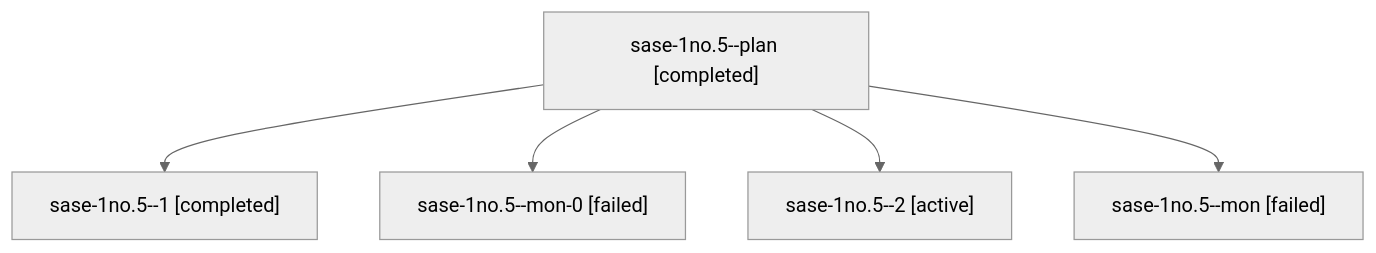
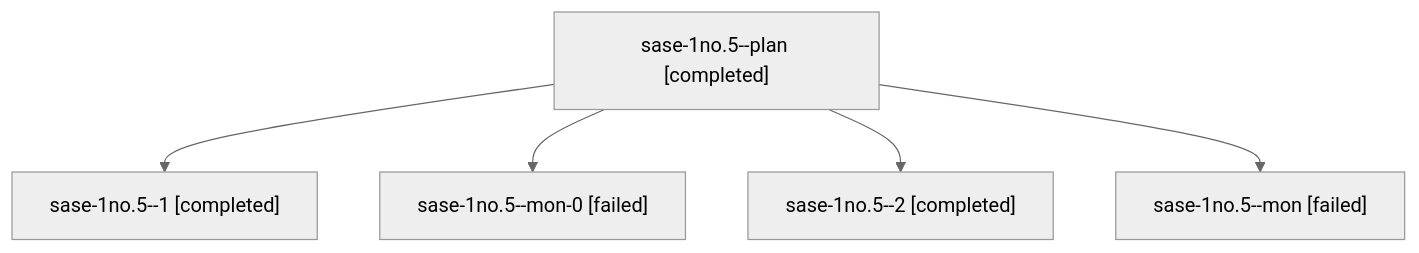
The diagram in sessions/bbugyi200.athena.sase-1no.5.md (sase-org/sase--agents), drawn with Mermaid (neutral theme) before and after one commit. The commit also changed other lines of this file and 76 other files, not shown here.

````diff
--- a/sessions/bbugyi200.athena.sase-1no.5.md
+++ b/sessions/bbugyi200.athena.sase-1no.5.md
@@ -9,12 +9,12 @@
 ```mermaid
 flowchart TD
   n0["sase-1no.5--plan [completed]"]
   n1["sase-1no.5--1 [completed]"]
   n0 --> n1
   n2["sase-1no.5--mon-0 [failed]"]
   n0 --> n2
-  n3["sase-1no.5--2 [active]"]
+  n3["sase-1no.5--2 [completed]"]
   n0 --> n3
   n4["sase-1no.5--mon [failed]"]
   n0 --> n4
 ```
````
